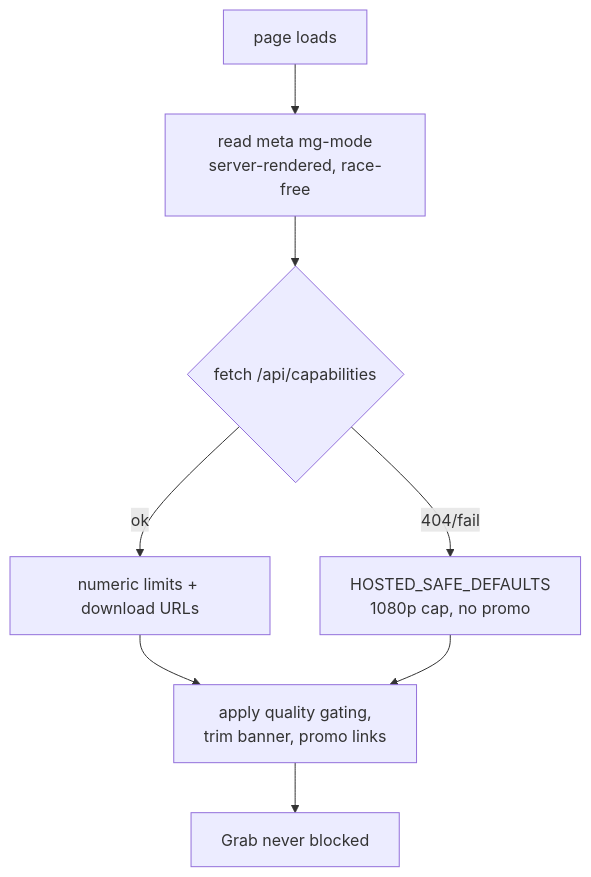
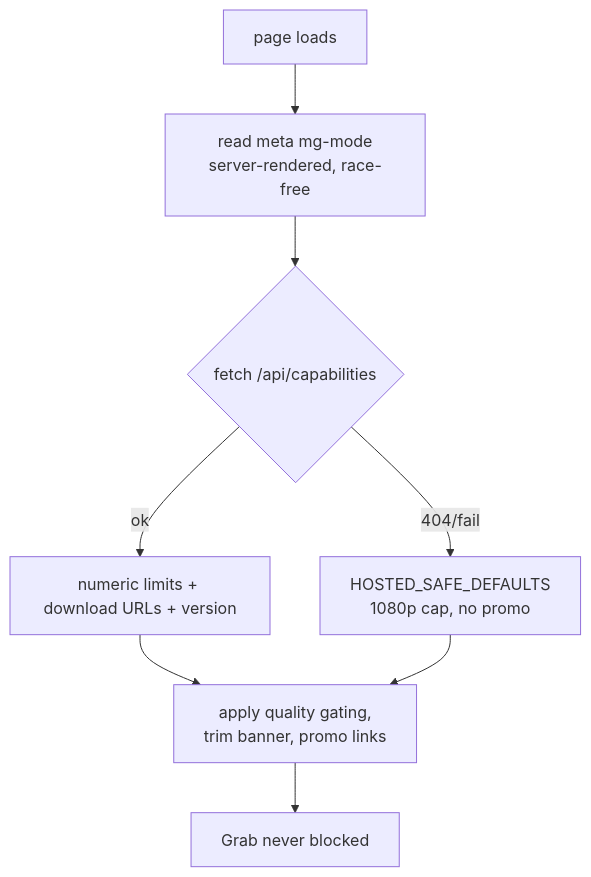
Before and after one commit to ZenDevvv/MediaGrab: the third of 3 diagrams in ARCHITECTURE.md, drawn with Mermaid. The commit also changed other lines of this file and 7 other files, not shown here.

````diff
--- a/ARCHITECTURE.md
+++ b/ARCHITECTURE.md
@@ -192,10 +358,10 @@
 ```mermaid
 flowchart TD
     A[page loads] --> B[read meta mg-mode<br/>server-rendered, race-free]
     B --> C{fetch /api/capabilities}
-    C -->|ok| D[numeric limits + download URLs]
+    C -->|ok| D[numeric limits + download URLs + version]
     C -->|404/fail| E[HOSTED_SAFE_DEFAULTS<br/>1080p cap, no promo]
     D --> F[apply quality gating,<br/>trim banner, promo links]
     E --> F
     F --> G[Grab never blocked]
 ```
````
